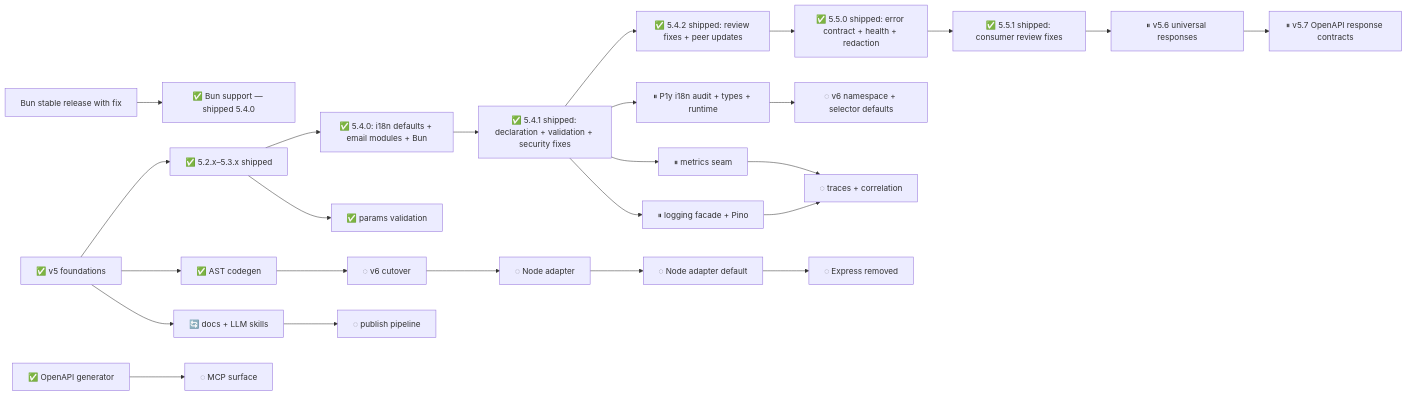
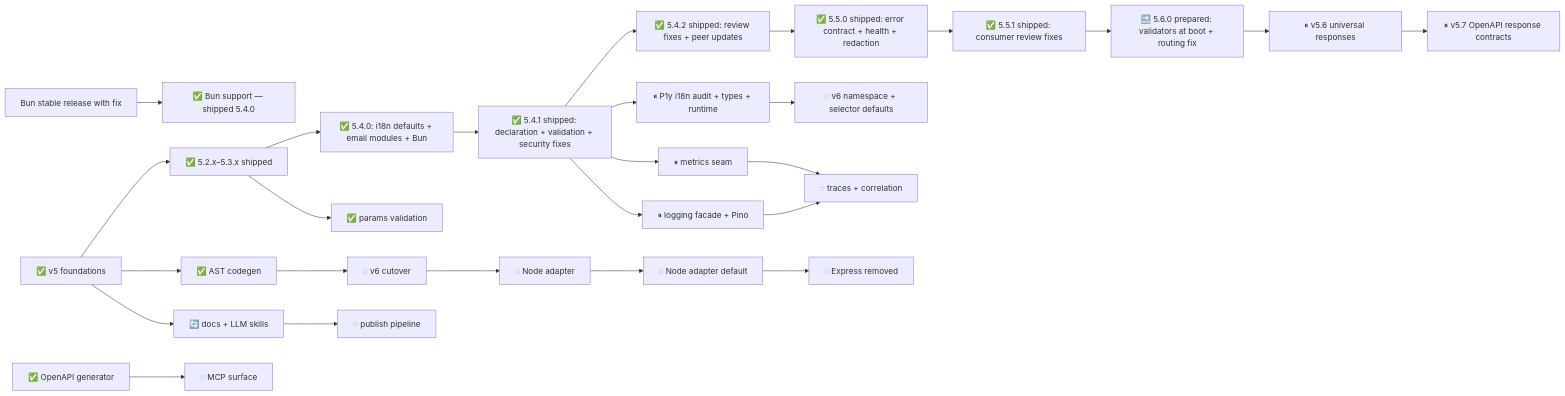
One commit to adaptivestone/framework changed the diagram in .plans/refactor/README.md. Above: the diagram before and after it, drawn with Mermaid. The commit also changed other lines of this file and 6 other files, not shown here.

````diff
--- a/.plans/refactor/README.md
+++ b/.plans/refactor/README.md
@@ -49,34 +54,35 @@
 ```mermaid
 flowchart LR
     Foundation["✅ v5 foundations"] --> Patch["✅ 5.2.x–5.3.x shipped"]
     Patch --> Released["✅ 5.4.0: i18n defaults + email modules + Bun"]
     Released --> Unreleased["✅ 5.4.1 shipped: declaration + validation + security fixes"]
 
     Unreleased --> Patch542["✅ 5.4.2 shipped: review fixes + peer updates"]
     Patch542 --> Minor550["✅ 5.5.0 shipped: error contract + health + redaction"]
     Minor550 --> Patch551["✅ 5.5.1 shipped: consumer review fixes"]
-    Patch551 --> Responses["⏸ v5.6 universal responses"]
+    Patch551 --> Minor560["🔜 5.6.0 prepared: validators at boot + routing fix"]
+    Minor560 --> Responses["⏸ v5.6 universal responses"]
     Responses --> OpenAPI["⏸ v5.7 OpenAPI response contracts"]
 
     BunRelease["Bun stable release with fix"] --> BunSupport["✅ Bun support — shipped 5.4.0"]
 
     Unreleased --> I18nV5["⏸ P1y i18n audit + types + runtime"]
     I18nV5 --> I18nV6["◌ v6 namespace + selector defaults"]
 
     Foundation --> Codegen["✅ AST codegen"]
     Codegen --> V6["◌ v6 cutover"]
     V6 --> NodeAdapter["◌ Node adapter"]
     NodeAdapter --> DefaultNode["◌ Node adapter default"]
     DefaultNode --> DropExpress["◌ Express removed"]
 
     Foundation --> Docs["🔄 docs + LLM skills"]
     Docs --> Publish["◌ publish pipeline"]
 
     Patch --> Params["✅ params validation"]
     Unreleased --> Metrics["⏸ metrics seam"]
     Unreleased --> Logging["⏸ logging facade + Pino"]
     Logging --> Observability["◌ traces + correlation"]
     Metrics --> Observability
 
     OpenAPIGen["✅ OpenAPI generator"] --> MCP["◌ MCP surface"]
 ```
````
